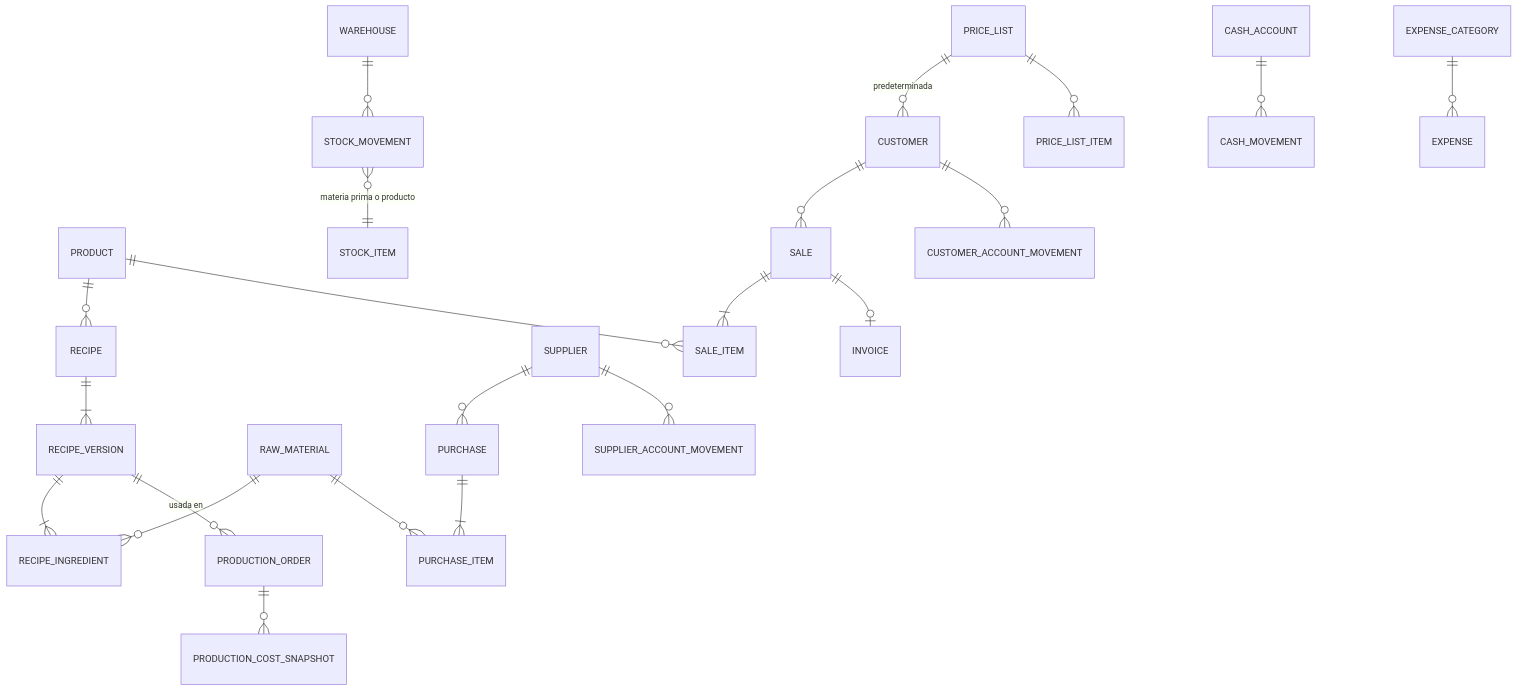
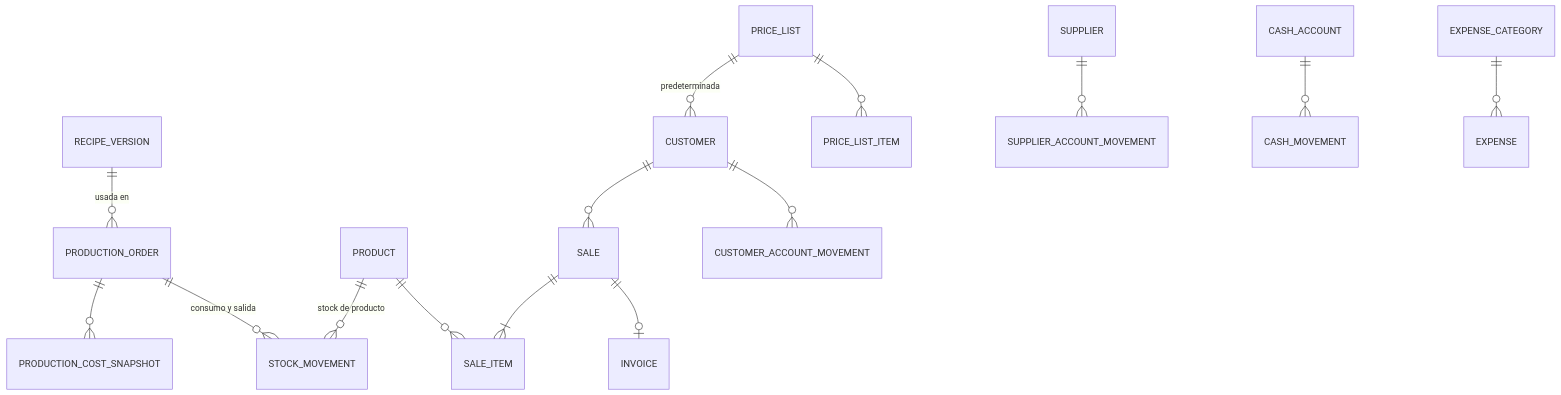
The second of 2 diagrams in docs/DOMAIN_MODEL.md (domusbrag/brurera), drawn with Mermaid before and after one commit. The commit also changed other lines of this file and 8 other files, not shown here.

First line of the commit message:
Fase 3: documentación (producto, arquitectura, dominio, base, roadmap, tests, decisiones ADR-026 a ADR-038) y UX backlog

````diff
--- a/docs/DOMAIN_MODEL.md
+++ b/docs/DOMAIN_MODEL.md
@@ -59,29 +79,19 @@
 ```mermaid
 erDiagram
-    PRODUCT ||--o{ RECIPE : ""
-    RECIPE ||--|{ RECIPE_VERSION : ""
-    RECIPE_VERSION ||--|{ RECIPE_INGREDIENT : ""
-    RAW_MATERIAL ||--o{ RECIPE_INGREDIENT : ""
-
-    SUPPLIER ||--o{ PURCHASE : ""
-    PURCHASE ||--|{ PURCHASE_ITEM : ""
-    RAW_MATERIAL ||--o{ PURCHASE_ITEM : ""
-
     RECIPE_VERSION ||--o{ PRODUCTION_ORDER : "usada en"
     PRODUCTION_ORDER ||--o{ PRODUCTION_COST_SNAPSHOT : ""
-
-    WAREHOUSE ||--o{ STOCK_MOVEMENT : ""
-    STOCK_MOVEMENT }o--|| STOCK_ITEM : "materia prima o producto"
+    PRODUCTION_ORDER ||--o{ STOCK_MOVEMENT : "consumo y salida"
+    PRODUCT ||--o{ STOCK_MOVEMENT : "stock de producto"
 
     CUSTOMER ||--o{ SALE : ""
     PRICE_LIST ||--o{ CUSTOMER : "predeterminada"
     PRICE_LIST ||--o{ PRICE_LIST_ITEM : ""
     SALE ||--|{ SALE_ITEM : ""
     PRODUCT ||--o{ SALE_ITEM : ""
     SALE ||--o| INVOICE : ""
 
     CUSTOMER ||--o{ CUSTOMER_ACCOUNT_MOVEMENT : ""
     SUPPLIER ||--o{ SUPPLIER_ACCOUNT_MOVEMENT : ""
     CASH_ACCOUNT ||--o{ CASH_MOVEMENT : ""
     EXPENSE_CATEGORY ||--o{ EXPENSE : ""
 ```
````
